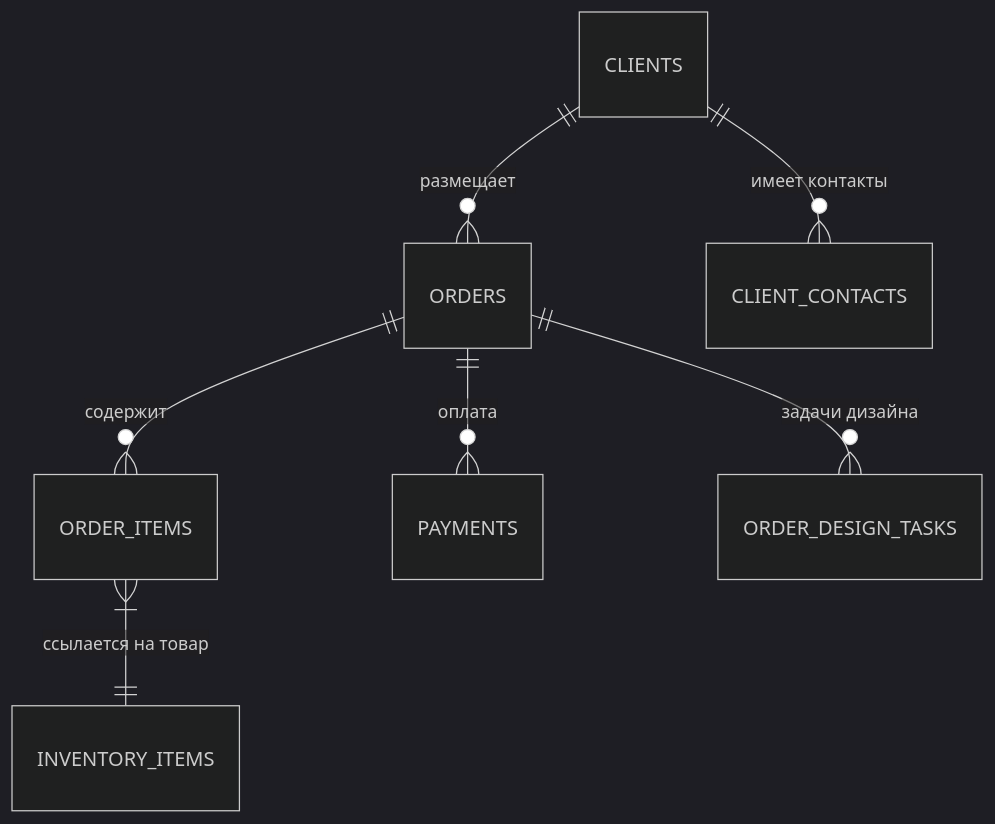
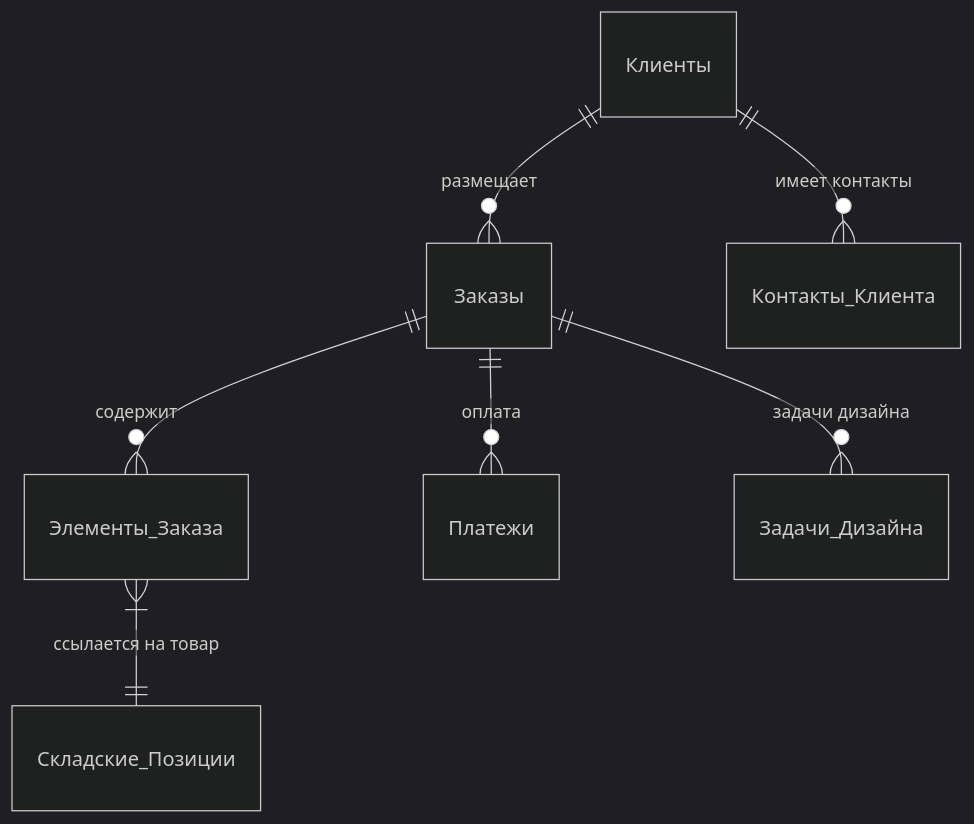
The first of 3 diagrams in vault/020-Архитектура/Схема-Связей.md (merch-crm/merch-crm), drawn with Mermaid (dark theme) before and after one commit. The commit also changed other lines of this file and 132 other files, not shown here.

````diff
--- a/vault/020-Архитектура/Схема-Связей.md
+++ b/vault/020-Архитектура/Схема-Связей.md
@@ -7,9 +20,9 @@
 ```mermaid
 erDiagram
-    CLIENTS ||--o{ ORDERS : "размещает"
-    ORDERS ||--o{ ORDER_ITEMS : "содержит"
-    ORDER_ITEMS }|--|| INVENTORY_ITEMS : "ссылается на товар"
-    ORDERS ||--o{ PAYMENTS : "оплата"
-    ORDERS ||--o{ ORDER_DESIGN_TASKS : "задачи дизайна"
-    CLIENTS ||--o{ CLIENT_CONTACTS : "имеет контакты"
+    Клиенты ||--o{ Заказы : "размещает"
+    Заказы ||--o{ Элементы_Заказа : "содержит"
+    Элементы_Заказа }|--|| Складские_Позиции : "ссылается на товар"
+    Заказы ||--o{ Платежи : "оплата"
+    Заказы ||--o{ Задачи_Дизайна : "задачи дизайна"
+    Клиенты ||--o{ Контакты_Клиента : "имеет контакты"
 ```
````
